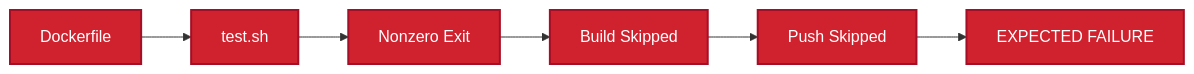
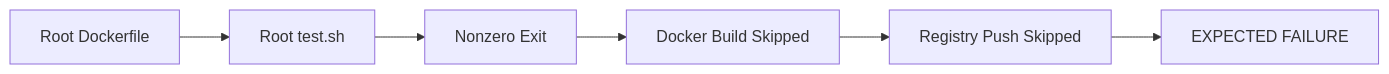
Before and after one commit to meghanareddy08/Txstate-DevOps-Assignment: the sixth of 10 diagrams in docs/architecture.md, drawn with Mermaid. The commit also changed other lines of this file, not shown here.

First line of the commit message:
Enhance architecture documentation with execution model

````diff
--- a/docs/architecture.md
+++ b/docs/architecture.md
@@ -183,11 +287,8 @@
 ```mermaid
 flowchart LR
-    A[Dockerfile] --> B[test.sh]
+    A[Root Dockerfile] --> B[Root test.sh]
     B --> C[Nonzero Exit]
-    C --> D[Build Skipped]
-    D --> E[Push Skipped]
+    C --> D[Docker Build Skipped]
+    D --> E[Registry Push Skipped]
     E --> F[EXPECTED FAILURE]
-
-    classDef failure fill:#cf222e,color:#ffffff,stroke:#a40e26,stroke-width:2px;
-    class A,B,C,D,E,F failure;
 ```
````
